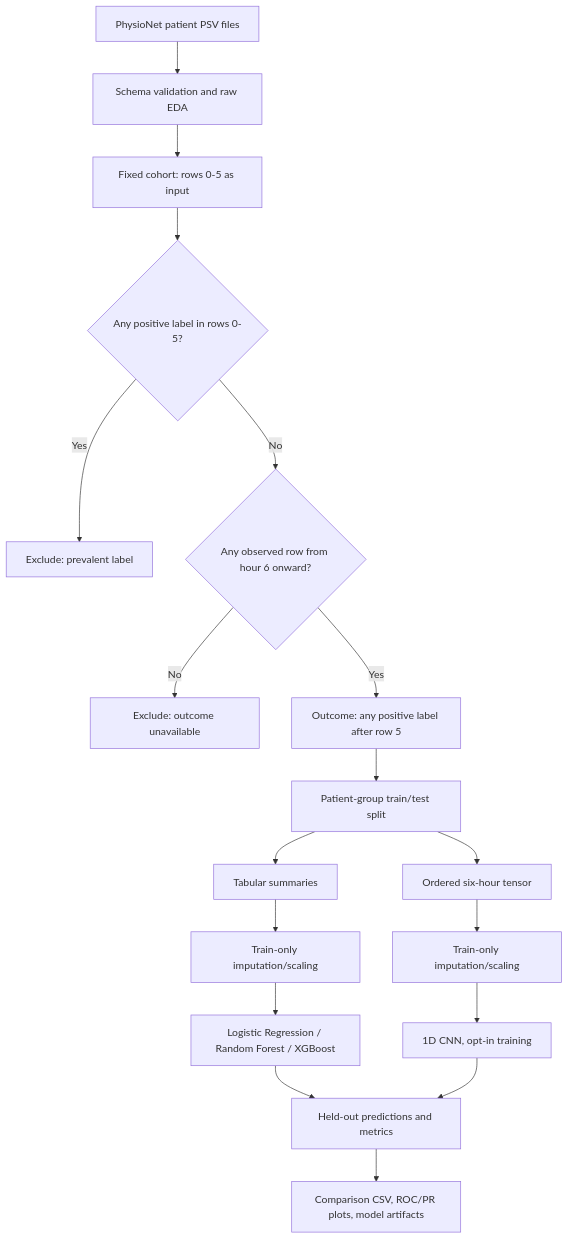
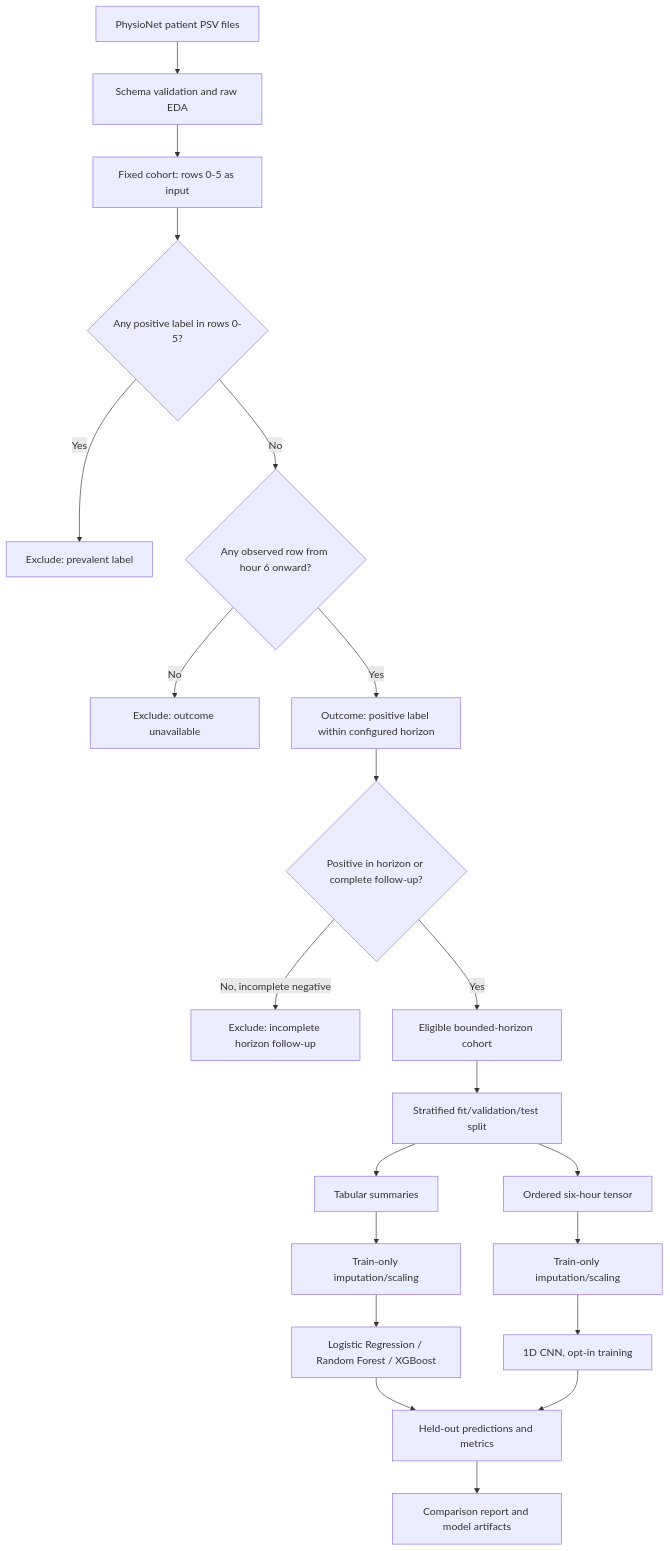
Before and after one commit to ScottPryde/project_sepsis: the first of 2 diagrams in docs/experimental_design.md, drawn with Mermaid. The commit also changed other lines of this file and 14 other files, not shown here.

````diff
--- a/docs/experimental_design.md
+++ b/docs/experimental_design.md
@@ -5,20 +5,23 @@
 ```mermaid
 flowchart TD
     A[PhysioNet patient PSV files] --> B[Schema validation and raw EDA]
     B --> C[Fixed cohort: rows 0-5 as input]
     C --> D{Any positive label in rows 0-5?}
     D -->|Yes| X[Exclude: prevalent label]
     D -->|No| E{Any observed row from hour 6 onward?}
     E -->|No| Y[Exclude: outcome unavailable]
-    E -->|Yes| F[Outcome: any positive label after row 5]
-    F --> G[Patient-group train/test split]
-    G --> H[Tabular summaries]
-    G --> I[Ordered six-hour tensor]
-    H --> J[Train-only imputation/scaling]
-    I --> K[Train-only imputation/scaling]
-    J --> L[Logistic Regression / Random Forest / XGBoost]
-    K --> M[1D CNN, opt-in training]
-    L --> N[Held-out predictions and metrics]
-    M --> N
-    N --> O[Comparison CSV, ROC/PR plots, model artifacts]
+    E -->|Yes| F[Outcome: positive label within configured horizon]
+    F --> G{Positive in horizon or complete follow-up?}
+    G -->|No, incomplete negative| Z[Exclude: incomplete horizon follow-up]
+    G -->|Yes| H[Eligible bounded-horizon cohort]
+    H --> I[Stratified fit/validation/test split]
+    I --> J[Tabular summaries]
+    I --> K[Ordered six-hour tensor]
+    J --> L[Train-only imputation/scaling]
+    K --> M[Train-only imputation/scaling]
+    L --> N[Logistic Regression / Random Forest / XGBoost]
+    M --> O[1D CNN, opt-in training]
+    N --> P[Held-out predictions and metrics]
+    O --> P
+    P --> Q[Comparison report and model artifacts]
 ```
````
